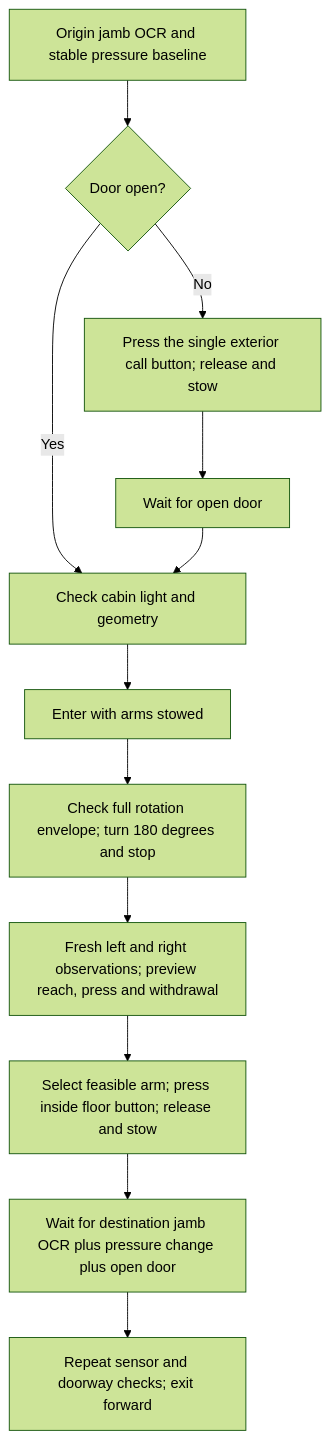
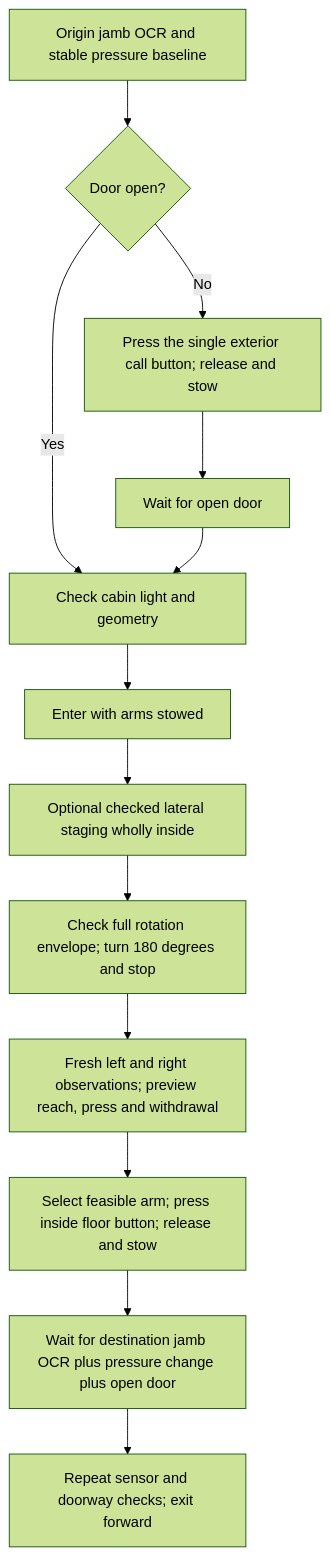
Before and after one commit to Kovari-Industries/rax: the diagram in docs/evo/CABIN_NAVIGATION.md, drawn with Mermaid (forest theme). The commit also changed other lines of this file and 2 other files, not shown here.

Commit message:
Check cabin images at capture boundaries and stage wholly inside

````diff
--- a/docs/evo/CABIN_NAVIGATION.md
+++ b/docs/evo/CABIN_NAVIGATION.md
@@ -7,14 +7,15 @@
 ```mermaid
 flowchart TD
   A[Origin jamb OCR and stable pressure baseline] --> B{Door open?}
   B -- No --> C[Press the single exterior call button; release and stow]
   C --> D[Wait for open door]
   B -- Yes --> E[Check cabin light and geometry]
   D --> E
   E --> F[Enter with arms stowed]
-  F --> G[Check full rotation envelope; turn 180 degrees and stop]
+  F --> S[Optional checked lateral staging wholly inside]
+  S --> G[Check full rotation envelope; turn 180 degrees and stop]
   G --> H[Fresh left and right observations; preview reach, press and withdrawal]
   H --> I[Select feasible arm; press inside floor button; release and stow]
   I --> J[Wait for destination jamb OCR plus pressure change plus open door]
   J --> K[Repeat sensor and doorway checks; exit forward]
 ```
````
